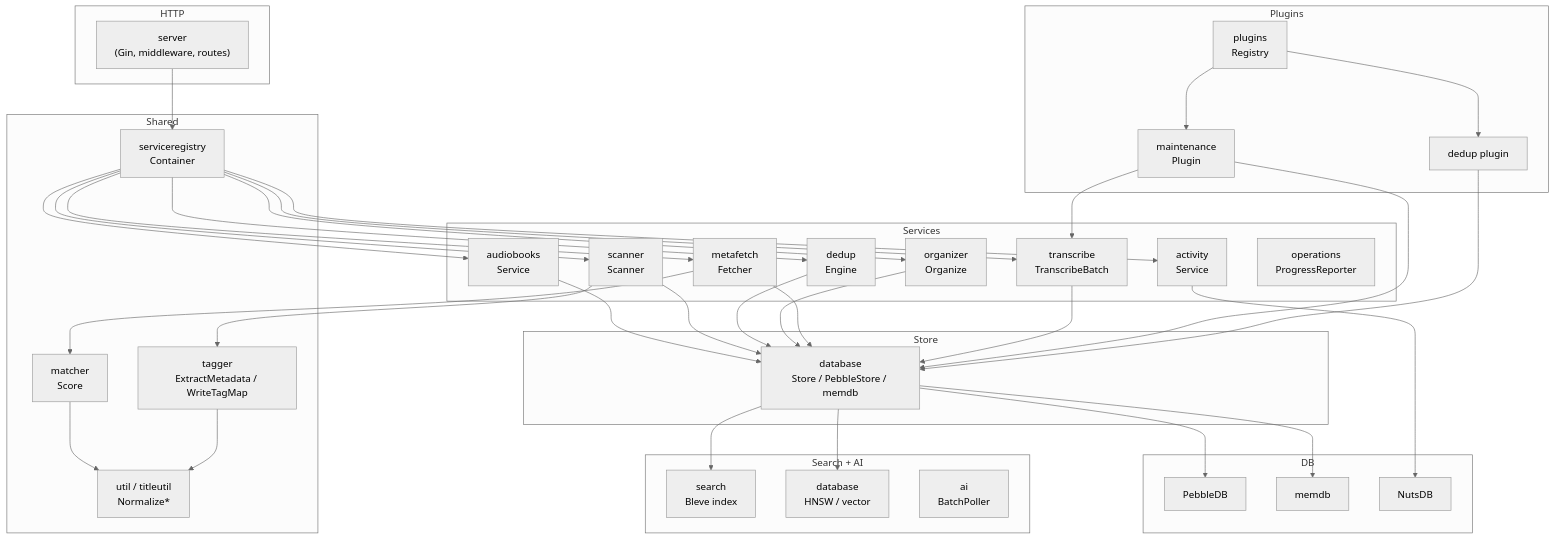
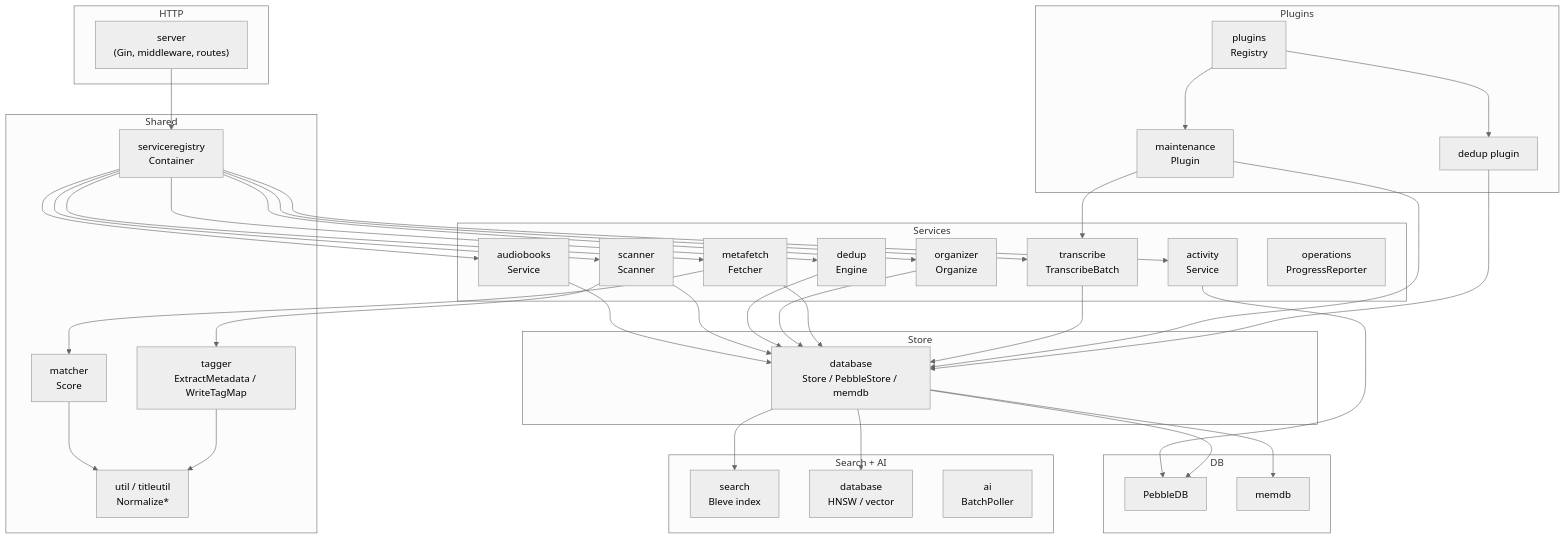
The diagram in docs/system/components.md (falkcorp/audiobook-organizer), drawn with Mermaid (neutral theme) before and after one commit. The commit also changed other lines of this file and 5 other files, not shown here.

First line of the commit message:
docs(system): describe the activity log as Pebble-only

````diff
--- a/docs/system/components.md
+++ b/docs/system/components.md
@@ -86,73 +86,72 @@
 ```mermaid
 flowchart TD
     subgraph HTTP
         Server["server\n(Gin, middleware, routes)"]
     end
     subgraph Services
         AudiobookSvc["audiobooks\nService"]
         ScanSvc["scanner\nScanner"]
         DedupSvc["dedup\nEngine"]
         OrgSvc["organizer\nOrganize"]
         MetaFetch["metafetch\nFetcher"]
         Transcribe["transcribe\nTranscribeBatch"]
         Activity["activity\nService"]
         OpHub["operations\nProgressReporter"]
     end
     subgraph Store
         Database["database\nStore / PebbleStore / memdb"]
     end
     subgraph DB
         Pebble["PebbleDB"]
         MemDB["memdb"]
-        NutsDB["NutsDB"]
     end
     subgraph Search_AI["Search + AI"]
         Search["search\nBleve index"]
         Embeddings["database\nHNSW / vector"]
         AI["ai\nBatchPoller"]
     end
     subgraph Plugins
         PluginReg["plugins\nRegistry"]
         MaintenancePlug["maintenance\nPlugin"]
         DedupPlug["dedup plugin"]
     end
     subgraph Shared
         Tagger["tagger\nExtractMetadata / WriteTagMap"]
         Matcher["matcher\nScore"]
         Util["util / titleutil\nNormalize*"]
         ServiceReg["serviceregistry\nContainer"]
     end
 
     Server --> ServiceReg
     ServiceReg --> AudiobookSvc
     ServiceReg --> ScanSvc
     ServiceReg --> DedupSvc
     ServiceReg --> OrgSvc
     ServiceReg --> MetaFetch
     ServiceReg --> Transcribe
     ServiceReg --> Activity
 
     AudiobookSvc --> Database
     ScanSvc --> Database
     ScanSvc --> Tagger
     DedupSvc --> Database
     OrgSvc --> Database
     MetaFetch --> Database
     MetaFetch --> Matcher
     Transcribe --> Database
-    Activity --> NutsDB
+    Activity --> Pebble
 
     Database --> Pebble
     Database --> MemDB
     Database --> Search
     Database --> Embeddings
 
     PluginReg --> MaintenancePlug
     PluginReg --> DedupPlug
     MaintenancePlug --> Database
     MaintenancePlug --> Transcribe
     DedupPlug --> Database
 
     Matcher --> Util
     Tagger --> Util
 ```
````
